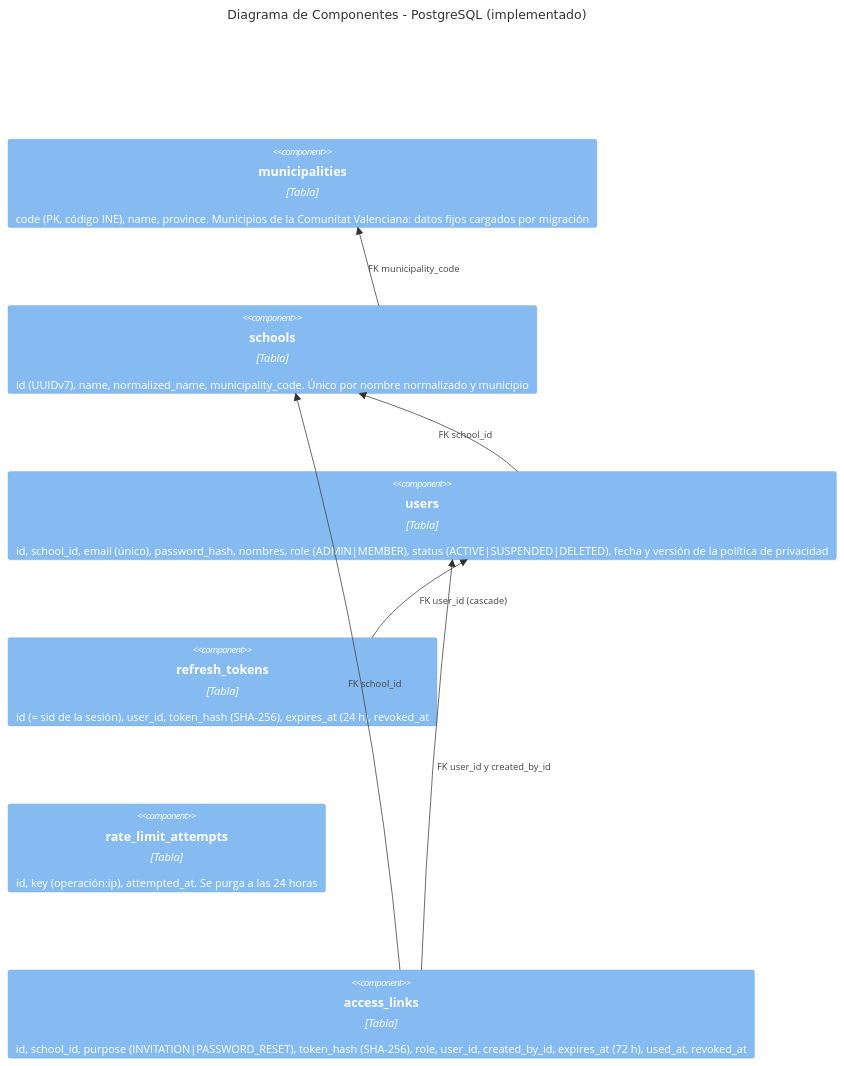
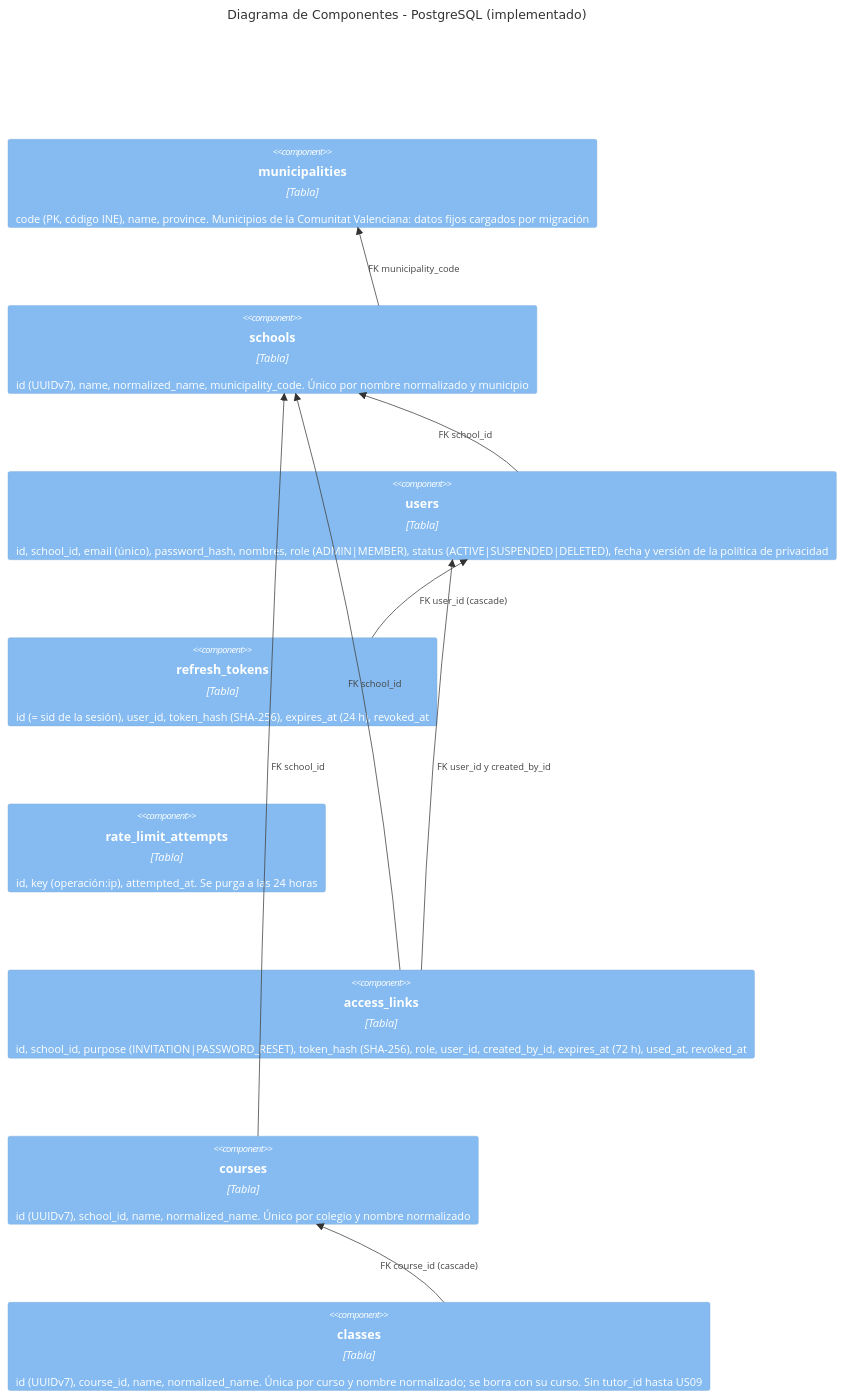
Before and after one commit to kiketon007/CalendarSchool: the fifth of 13 diagrams in docs/arquitectura/DIAGRAMA_C4.md, drawn with Mermaid. The commit also changed other lines of this file and 68 other files, not shown here.

First line of the commit message:
feat: crear un curso con sus clases y listar los cursos del colegio (US05)

````diff
--- a/docs/arquitectura/DIAGRAMA_C4.md
+++ b/docs/arquitectura/DIAGRAMA_C4.md
@@ -179,17 +187,21 @@
 ```mermaid
 C4Component
     title Diagrama de Componentes - PostgreSQL (implementado)
 
     Component(municipalities, "municipalities", "Tabla", "code (PK, código INE), name, province. Municipios de la Comunitat Valenciana: datos fijos cargados por migración")
     Component(schools, "schools", "Tabla", "id (UUIDv7), name, normalized_name, municipality_code. Único por nombre normalizado y municipio")
     Component(users, "users", "Tabla", "id, school_id, email (único), password_hash, nombres, role (ADMIN|MEMBER), status (ACTIVE|SUSPENDED|DELETED), fecha y versión de la política de privacidad")
     Component(refresh, "refresh_tokens", "Tabla", "id (= sid de la sesión), user_id, token_hash (SHA-256), expires_at (24 h), revoked_at")
     Component(attempts, "rate_limit_attempts", "Tabla", "id, key (operación:ip), attempted_at. Se purga a las 24 horas")
     Component(links, "access_links", "Tabla", "id, school_id, purpose (INVITATION|PASSWORD_RESET), token_hash (SHA-256), role, user_id, created_by_id, expires_at (72 h), used_at, revoked_at")
+    Component(courses, "courses", "Tabla", "id (UUIDv7), school_id, name, normalized_name. Único por colegio y nombre normalizado")
+    Component(classes, "classes", "Tabla", "id (UUIDv7), course_id, name, normalized_name. Única por curso y nombre normalizado; se borra con su curso. Sin tutor_id hasta US09")
 
     Rel(schools, municipalities, "FK municipality_code")
     Rel(users, schools, "FK school_id")
     Rel(refresh, users, "FK user_id (cascade)")
     Rel(links, schools, "FK school_id")
     Rel(links, users, "FK user_id y created_by_id")
+    Rel(courses, schools, "FK school_id")
+    Rel(classes, courses, "FK course_id (cascade)")
 ```
````
